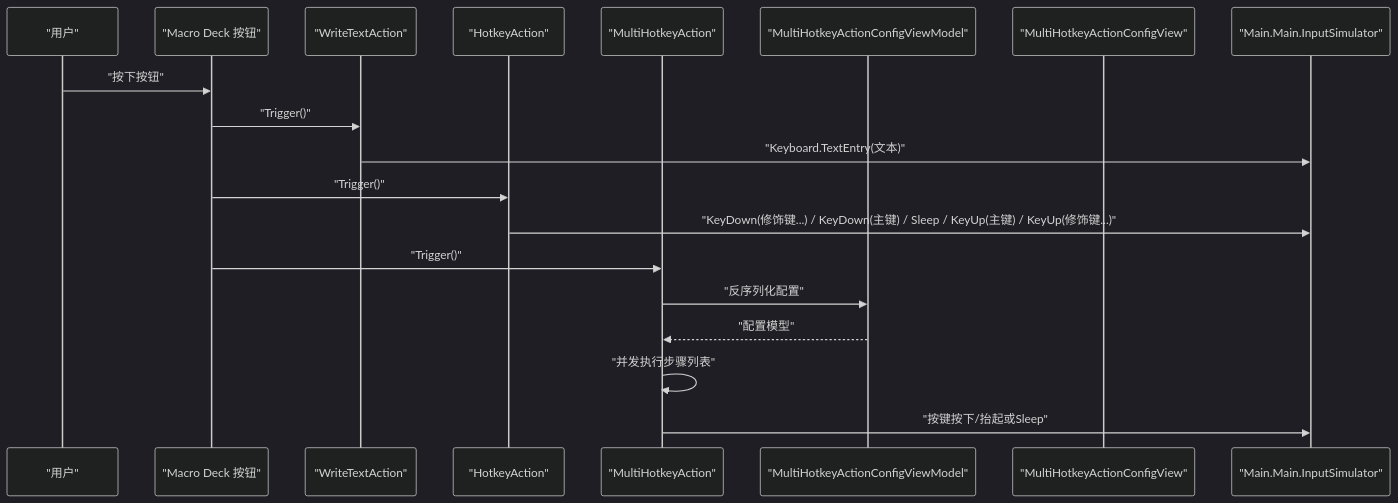
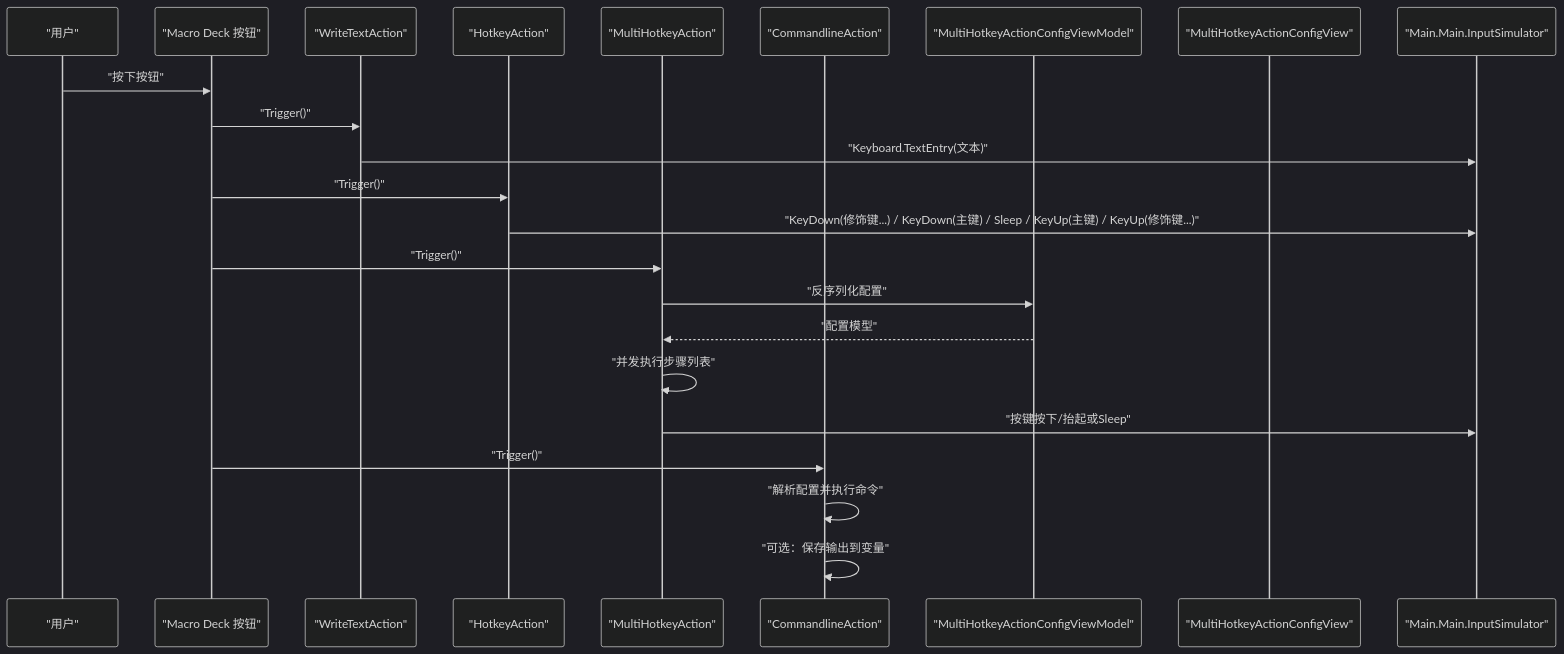
Before and after one commit to tea4go/Macro-Deck-Windows-Utils-Plugin: the second of 7 diagrams in .qoder/repowiki/zh/content/核心功能/文本输入与热键系统.md, drawn with Mermaid (dark theme). The commit also changed other lines of this file and 39 other files, not shown here.

````diff
--- a/.qoder/repowiki/zh/content/核心功能/文本输入与热键系统.md
+++ b/.qoder/repowiki/zh/content/核心功能/文本输入与热键系统.md
@@ -147,21 +173,25 @@
 ```mermaid
 sequenceDiagram
 participant U as "用户"
 participant AD as "Macro Deck 按钮"
 participant WA as "WriteTextAction"
 participant HA as "HotkeyAction"
 participant MA as "MultiHotkeyAction"
+participant CA as "CommandlineAction"
 participant VM as "MultiHotkeyActionConfigViewModel"
 participant V as "MultiHotkeyActionConfigView"
 participant MS as "Main.Main.InputSimulator"
 U->>AD : "按下按钮"
 AD->>WA : "Trigger()"
 WA->>MS : "Keyboard.TextEntry(文本)"
 AD->>HA : "Trigger()"
 HA->>MS : "KeyDown(修饰键...) / KeyDown(主键) / Sleep / KeyUp(主键) / KeyUp(修饰键...)"
 AD->>MA : "Trigger()"
 MA->>VM : "反序列化配置"
 VM-->>MA : "配置模型"
 MA->>MA : "并发执行步骤列表"
 MA->>MS : "按键按下/抬起或Sleep"
+AD->>CA : "Trigger()"
+CA->>CA : "解析配置并执行命令"
+CA->>CA : "可选：保存输出到变量"
 ```
````
